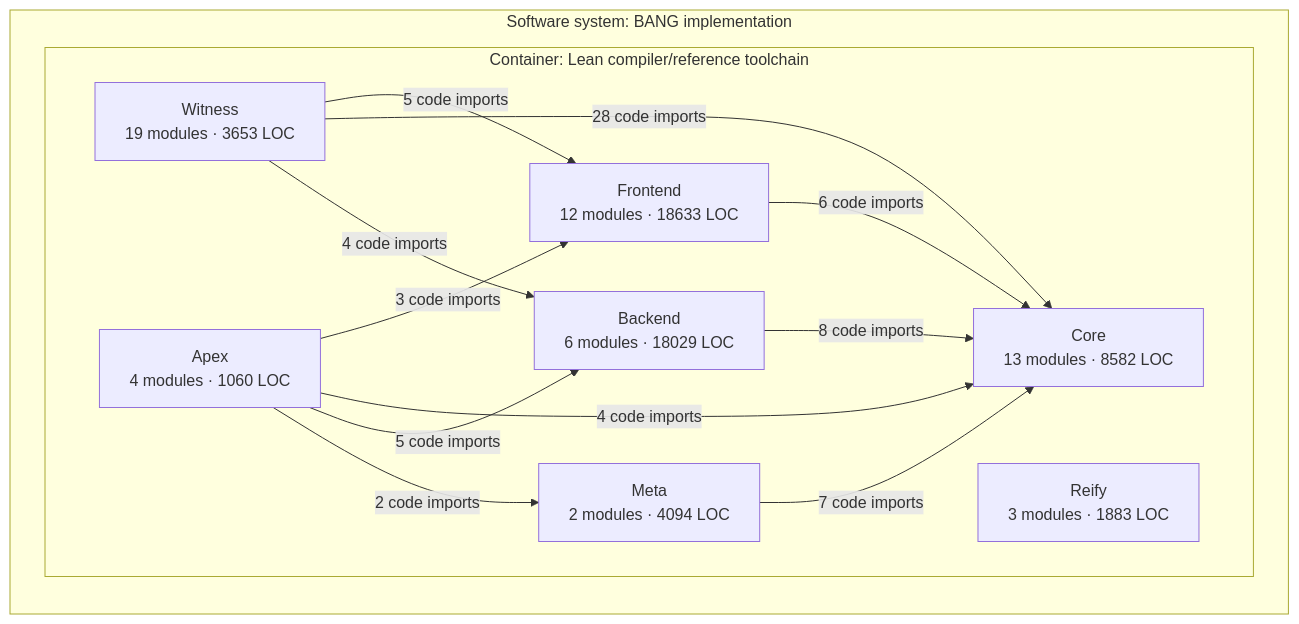
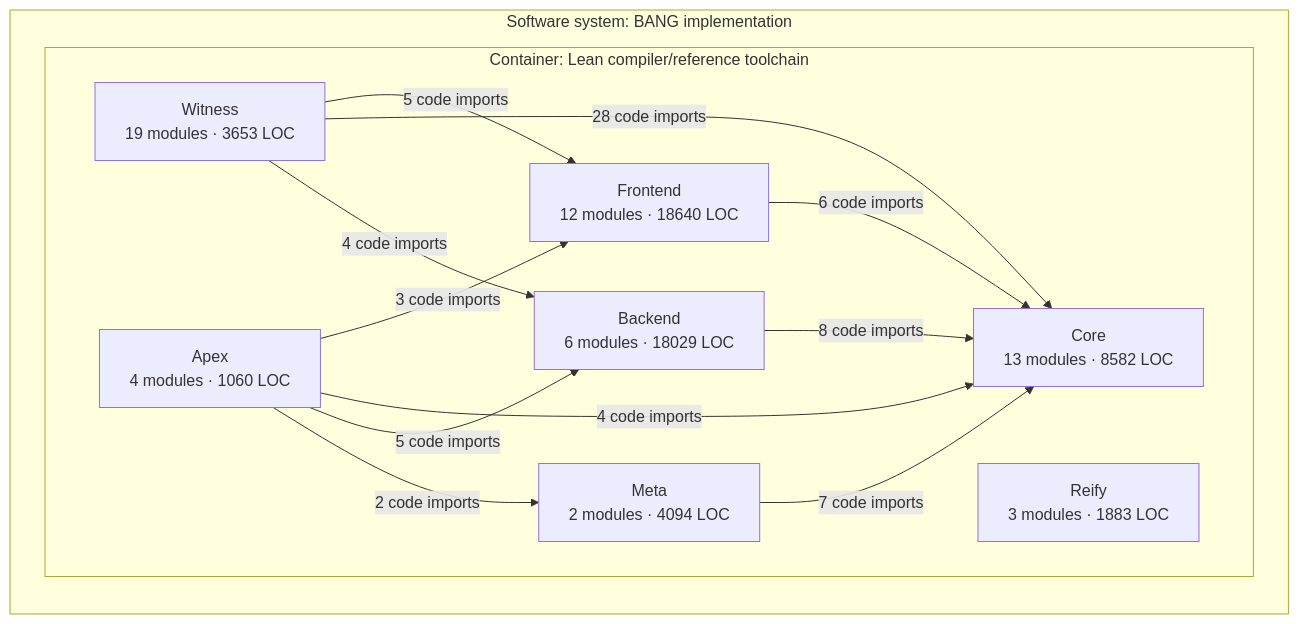
Before and after one commit to phibkro/bang: the third of 3 diagrams in docs/architecture/core-overview.md, drawn with Mermaid. The commit also changed other lines of this file and 13 other files, not shown here.

````diff
--- a/docs/architecture/core-overview.md
+++ b/docs/architecture/core-overview.md
@@ -160,24 +160,24 @@
 ```mermaid
 flowchart LR
   subgraph system_BANG["Software system: BANG implementation"]
     subgraph container_Lean_toolchain["Container: Lean compiler/reference toolchain"]
-      component_Frontend["Frontend<br/>12 modules · 18633 LOC"]
+      component_Frontend["Frontend<br/>12 modules · 18640 LOC"]
       component_Core["Core<br/>13 modules · 8582 LOC"]
       component_Backend["Backend<br/>6 modules · 18029 LOC"]
       component_Meta["Meta<br/>2 modules · 4094 LOC"]
       component_Witness["Witness<br/>19 modules · 3653 LOC"]
       component_Reify["Reify<br/>3 modules · 1883 LOC"]
       component_Apex["Apex<br/>4 modules · 1060 LOC"]
     end
   end
   component_Frontend -->|6 code imports| component_Core
   component_Backend -->|8 code imports| component_Core
   component_Meta -->|7 code imports| component_Core
   component_Witness -->|5 code imports| component_Frontend
   component_Witness -->|28 code imports| component_Core
   component_Witness -->|4 code imports| component_Backend
   component_Apex -->|3 code imports| component_Frontend
   component_Apex -->|4 code imports| component_Core
   component_Apex -->|5 code imports| component_Backend
   component_Apex -->|2 code imports| component_Meta
 ```
````
